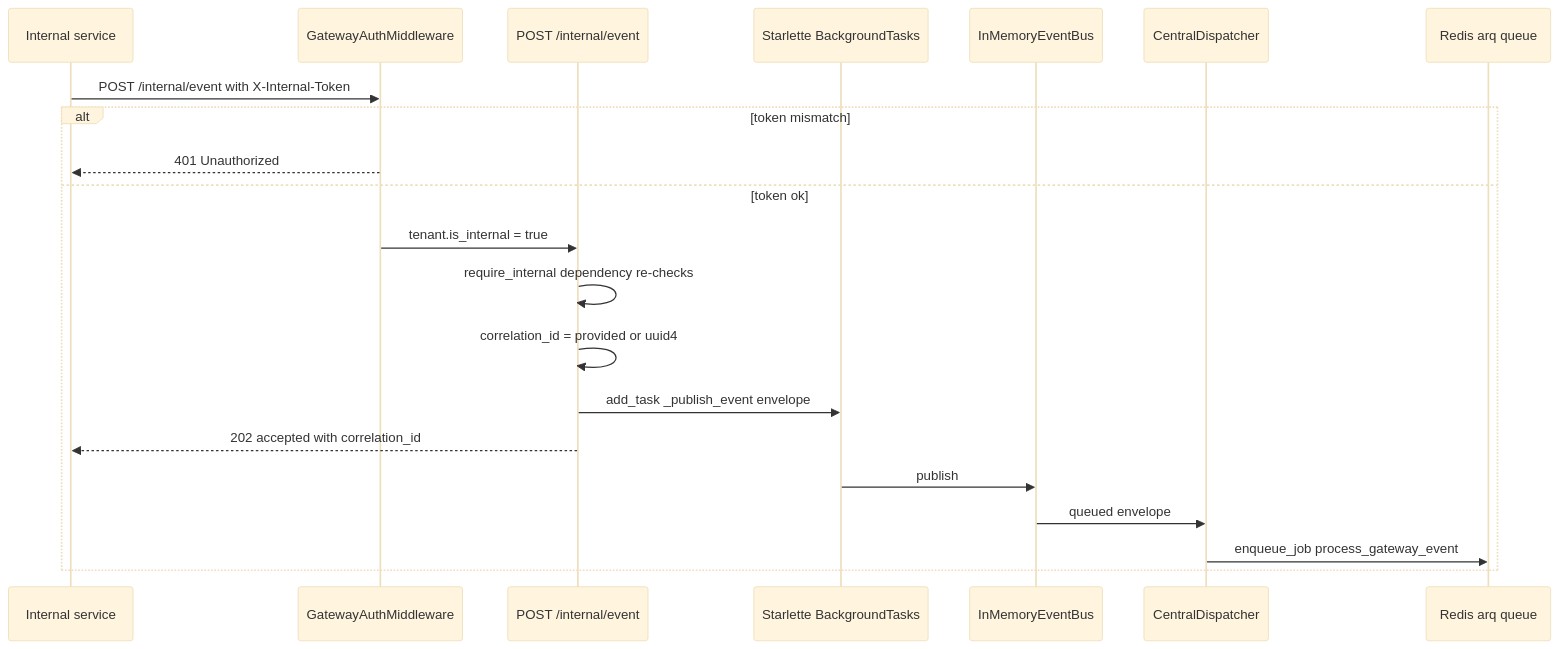
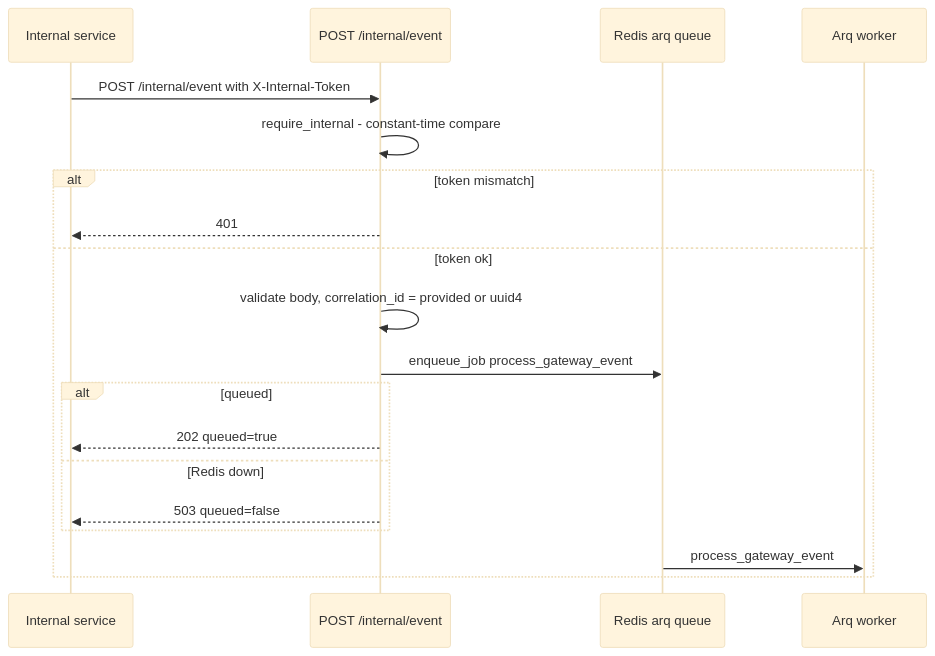
One commit to gondolerahul/hire-buddha-app changed the seventh of 20 diagrams in docs/current/13-gateway-and-realtime.md. Above: the diagram before and after it, drawn with Mermaid (base theme). The commit also changed other lines of this file and 15 other files, not shown here.

````diff
--- a/docs/current/13-gateway-and-realtime.md
+++ b/docs/current/13-gateway-and-realtime.md
@@ -597,24 +493,22 @@
 ```mermaid
 sequenceDiagram
     participant SVC as Internal service
-    participant MW as GatewayAuthMiddleware
     participant EP as POST /internal/event
-    participant BT as Starlette BackgroundTasks
-    participant BUS as InMemoryEventBus
-    participant D as CentralDispatcher
     participant RQ as Redis arq queue
+    participant W as Arq worker
 
-    SVC->>MW: POST /internal/event with X-Internal-Token
+    SVC->>EP: POST /internal/event with X-Internal-Token
+    EP->>EP: require_internal - constant-time compare
     alt token mismatch
-        MW-->>SVC: 401 Unauthorized
+        EP-->>SVC: 401
     else token ok
-        MW->>EP: tenant.is_internal = true
-        EP->>EP: require_internal dependency re-checks
-        EP->>EP: correlation_id = provided or uuid4
-        EP->>BT: add_task _publish_event envelope
-        EP-->>SVC: 202 accepted with correlation_id
-        BT->>BUS: publish
-        BUS->>D: queued envelope
-        D->>RQ: enqueue_job process_gateway_event
+        EP->>EP: validate body, correlation_id = provided or uuid4
+        EP->>RQ: enqueue_job process_gateway_event
+        alt queued
+            EP-->>SVC: 202 queued=true
+        else Redis down
+            EP-->>SVC: 503 queued=false
+        end
+        RQ->>W: process_gateway_event
     end
 ```
````
